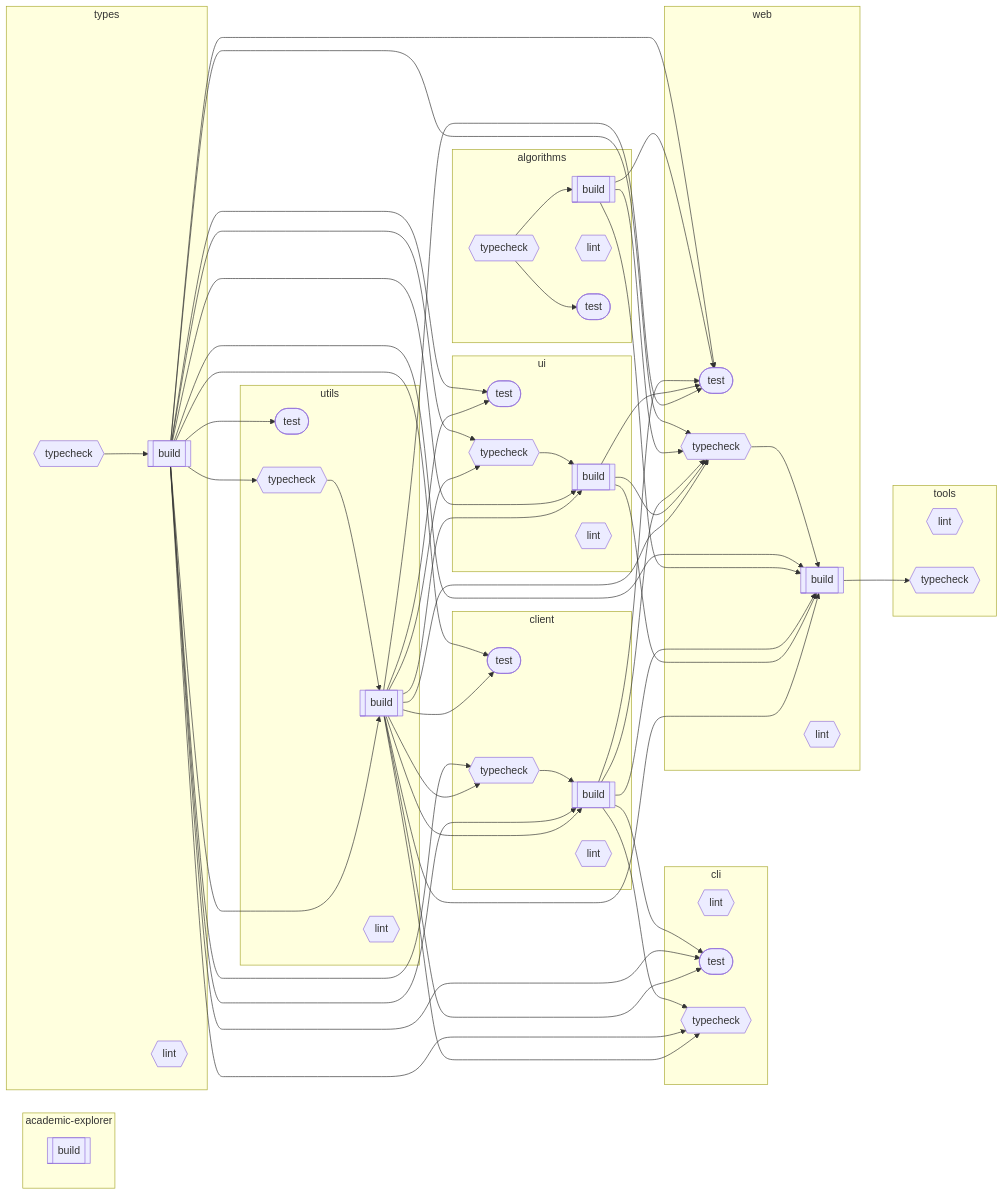
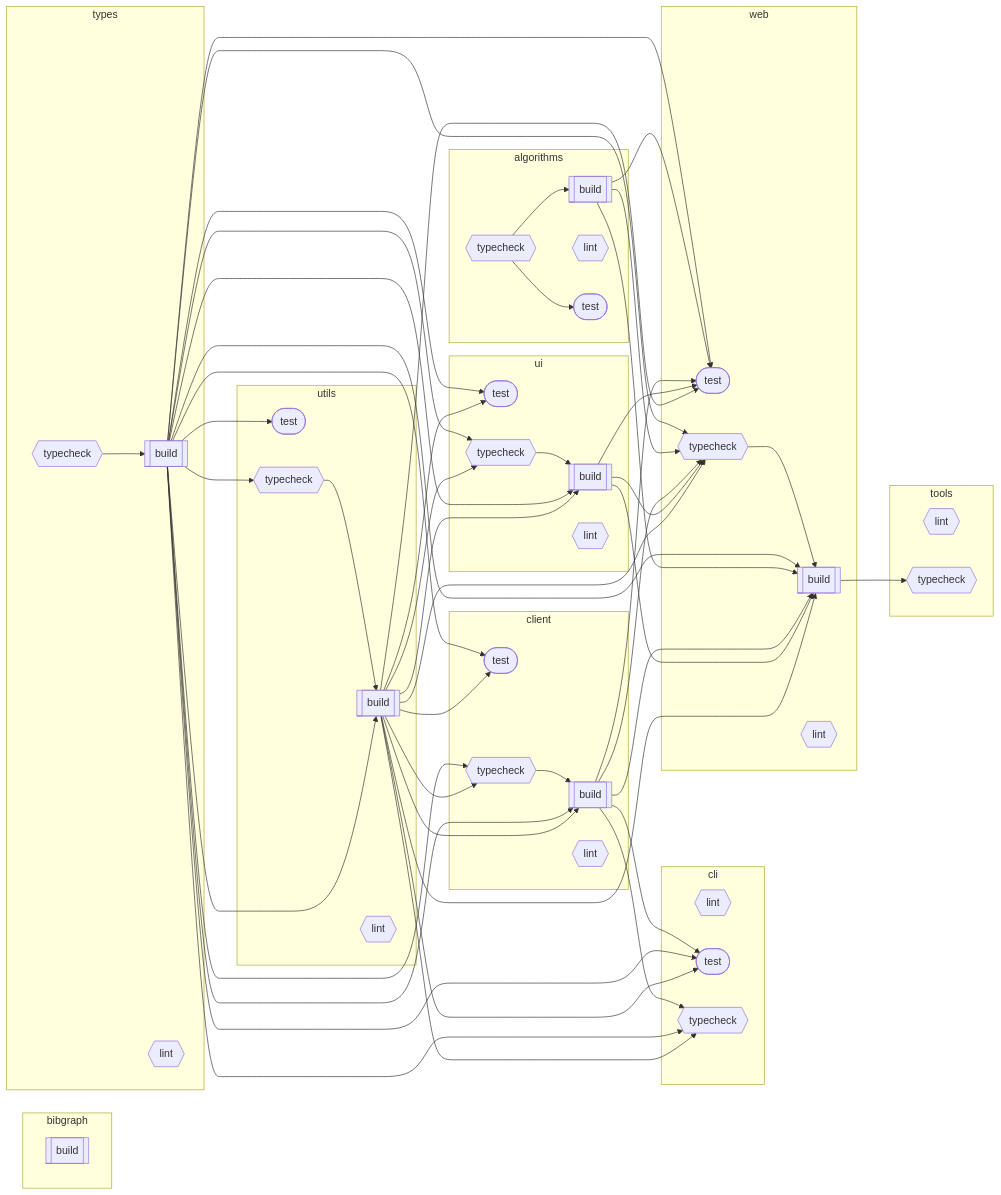
The diagram in README.md (Mearman/Academic-Explorer), drawn with Mermaid before and after one commit. The commit also changed other lines of this file and 75 other files, not shown here.

````diff
--- a/README.md
+++ b/README.md
@@ -88,15 +88,15 @@
 ```mermaid
 flowchart LR
-
-    subgraph academic_explorer["academic-explorer"]
-        academic_explorer_build[["build"]]
-    end
 
     subgraph algorithms["algorithms"]
         algorithms_build[["build"]]
         algorithms_lint{{"lint"}}
         algorithms_test(["test"])
         algorithms_typecheck{{"typecheck"}}
+    end
+
+    subgraph bibgraph["bibgraph"]
+        bibgraph_build[["build"]]
     end
 
     subgraph cli["cli"]
````
